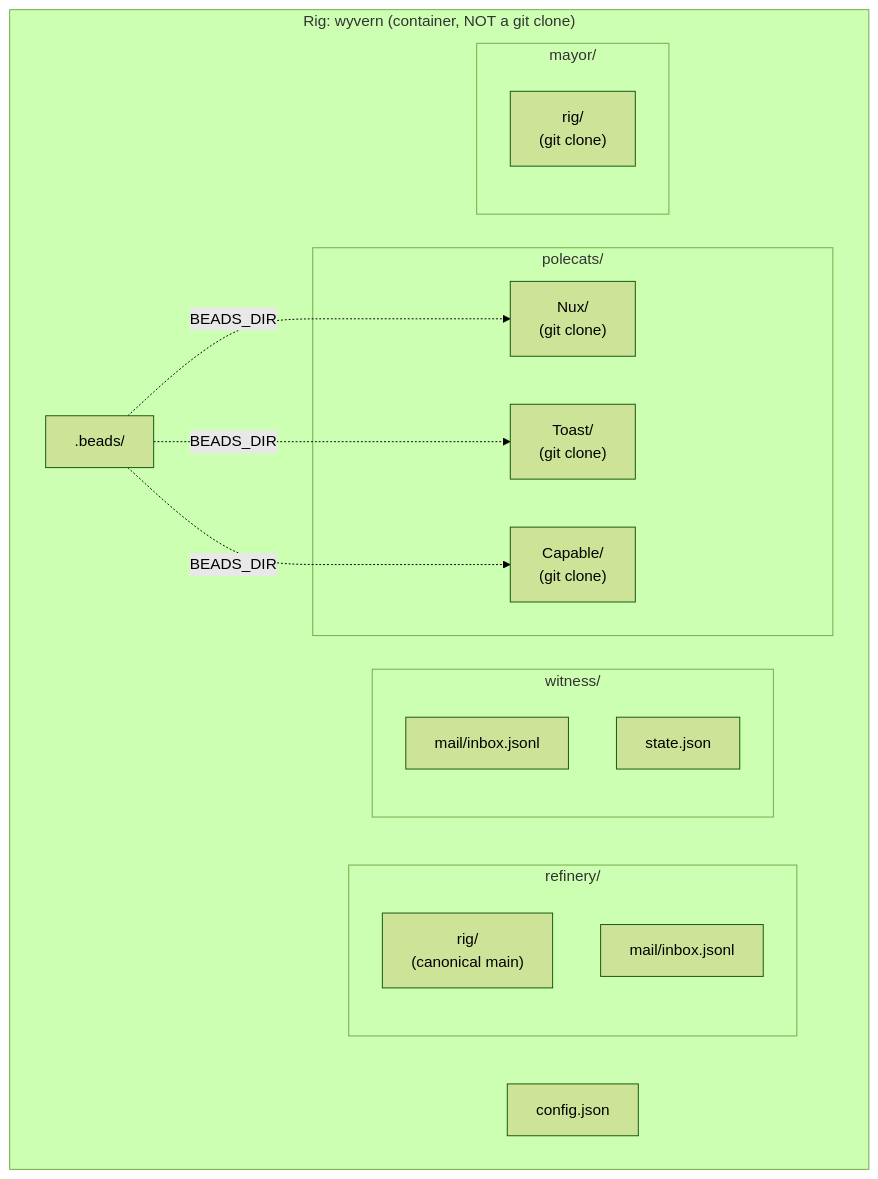
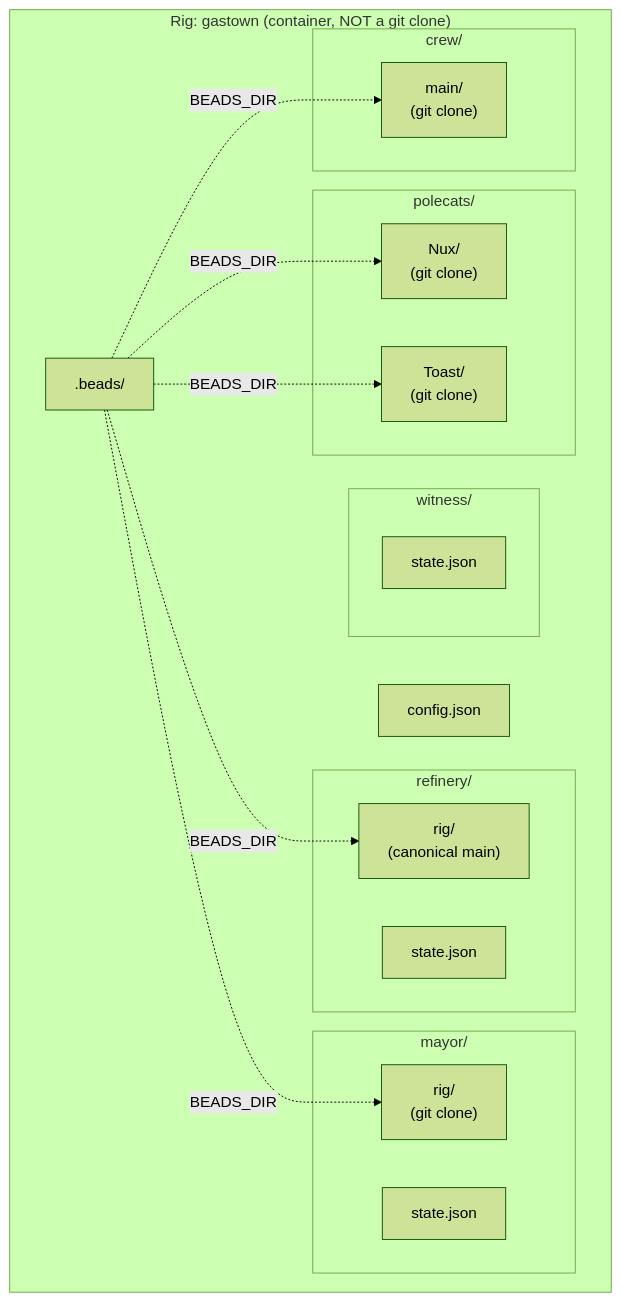
One commit to wsaults/gastown changed the third of 10 diagrams in docs/architecture.md. Above: the diagram before and after it, drawn with Mermaid (forest theme). The commit also changed other lines of this file and 3 other files, not shown here.

First line of the commit message:
feat: add gt rig add command with container-based structure

````diff
--- a/docs/architecture.md
+++ b/docs/architecture.md
@@ -208,31 +205,36 @@
 ```mermaid
 graph TB
-    subgraph Rig["Rig: wyvern (container, NOT a git clone)"]
+    subgraph Rig["Rig: gastown (container, NOT a git clone)"]
         Config["config.json"]
         Beads[".beads/"]
 
         subgraph Polecats["polecats/"]
             Nux["Nux/<br/>(git clone)"]
             Toast["Toast/<br/>(git clone)"]
-            Capable["Capable/<br/>(git clone)"]
         end
 
         subgraph Refinery["refinery/"]
             RefRig["rig/<br/>(canonical main)"]
-            RefMail["mail/inbox.jsonl"]
+            RefState["state.json"]
         end
 
         subgraph Witness["witness/"]
-            WitMail["mail/inbox.jsonl"]
             WitState["state.json"]
         end
 
         subgraph MayorRig["mayor/"]
             MayRig["rig/<br/>(git clone)"]
+            MayState["state.json"]
+        end
+
+        subgraph Crew["crew/"]
+            CrewMain["main/<br/>(git clone)"]
         end
     end
 
     Beads -.->|BEADS_DIR| Nux
     Beads -.->|BEADS_DIR| Toast
-    Beads -.->|BEADS_DIR| Capable
+    Beads -.->|BEADS_DIR| RefRig
+    Beads -.->|BEADS_DIR| MayRig
+    Beads -.->|BEADS_DIR| CrewMain
 ```
````
